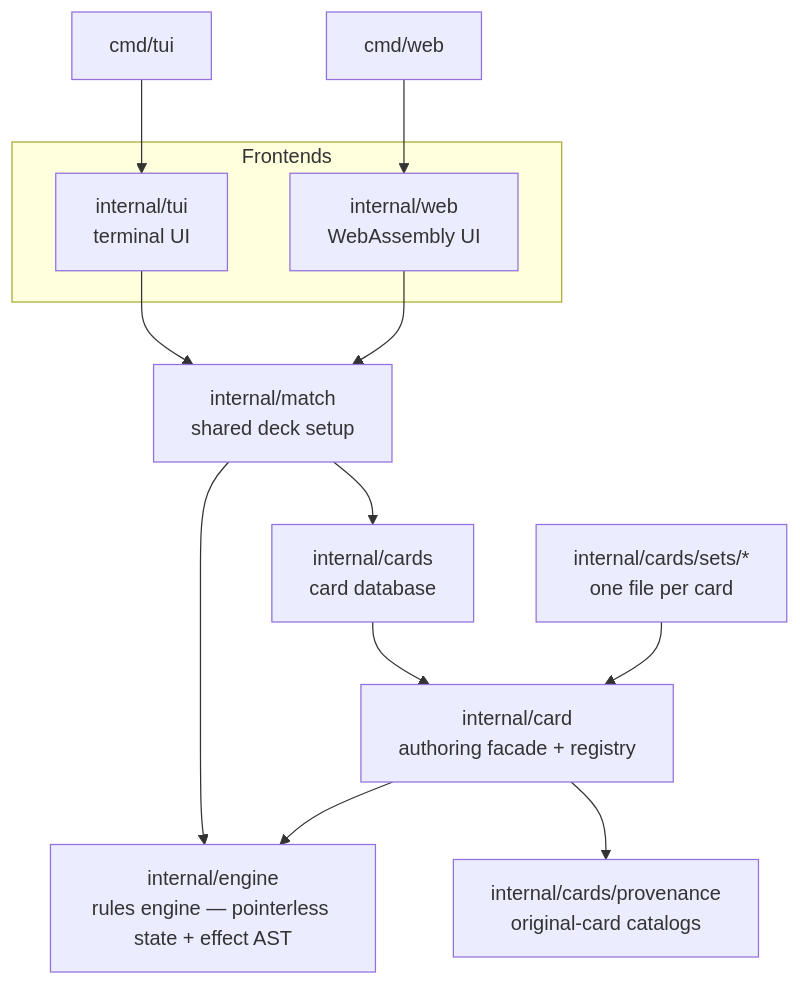
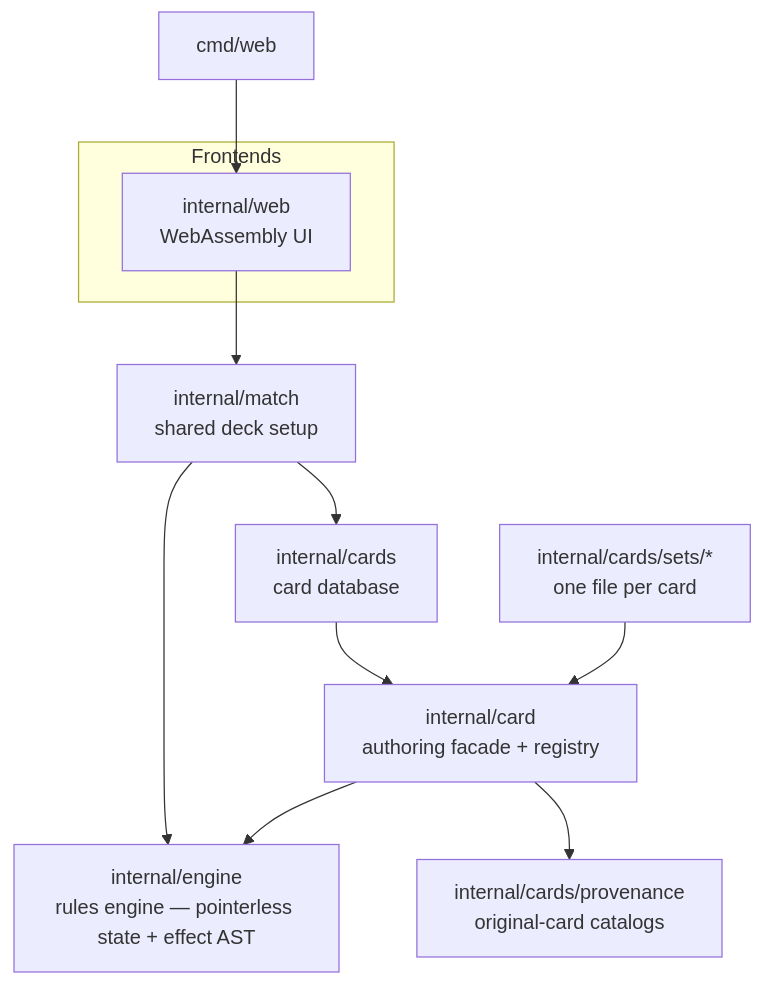
The diagram in docs/architecture.md (dmikalova/vex), drawn with Mermaid before and after one commit. The commit also changed other lines of this file and 535 other files, not shown here.

````diff
--- a/docs/architecture.md
+++ b/docs/architecture.md
@@ -41,19 +41,16 @@
 ```mermaid
 flowchart TD
   subgraph frontends [Frontends]
-    tui[internal/tui\nterminal UI]
     web[internal/web\nWebAssembly UI]
   end
-  cmdtui[cmd/tui] --> tui
   cmdweb[cmd/web] --> web
-  tui --> match
   web --> match
   match[internal/match\nshared deck setup]
   match --> cards
   match --> engine
   cards[internal/cards\ncard database] --> card
   sets[internal/cards/sets/*\none file per card] --> card
   card[internal/card\nauthoring facade + registry] --> engine
   card --> provenance[internal/cards/provenance\noriginal-card catalogs]
   engine[internal/engine\nrules engine — pointerless state + effect AST]
 ```
````
